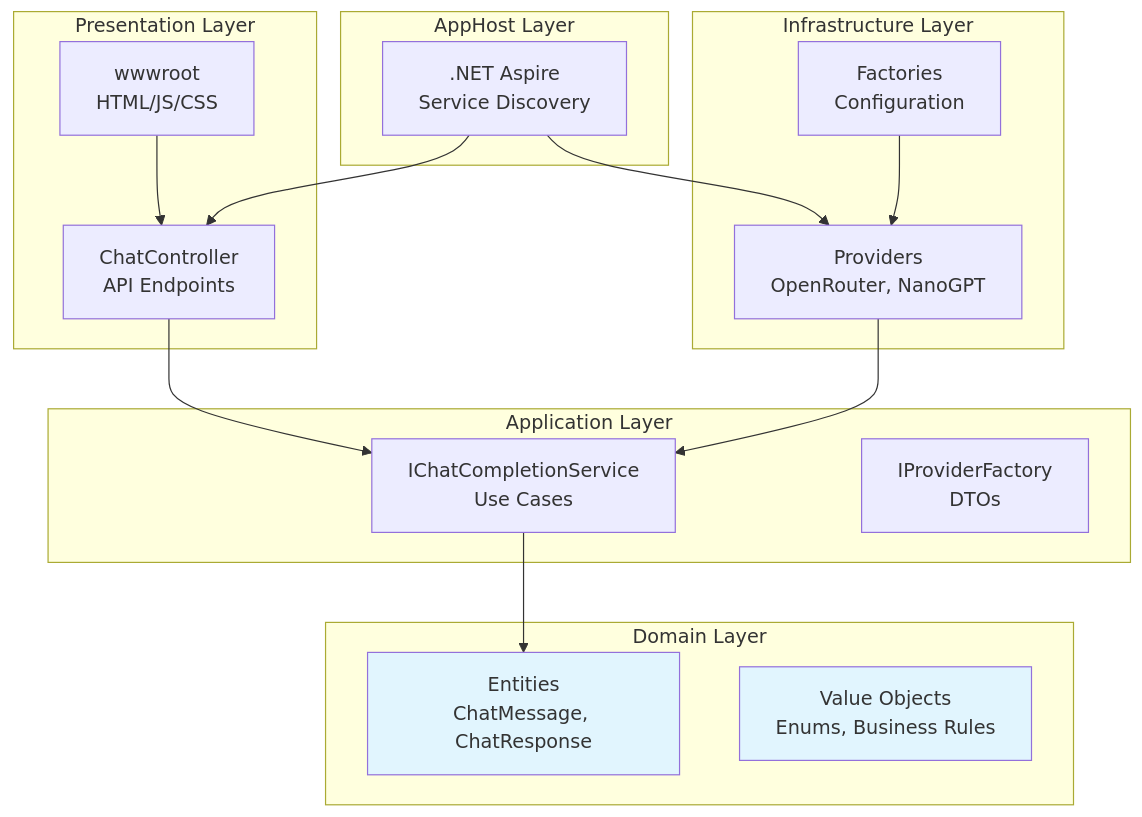
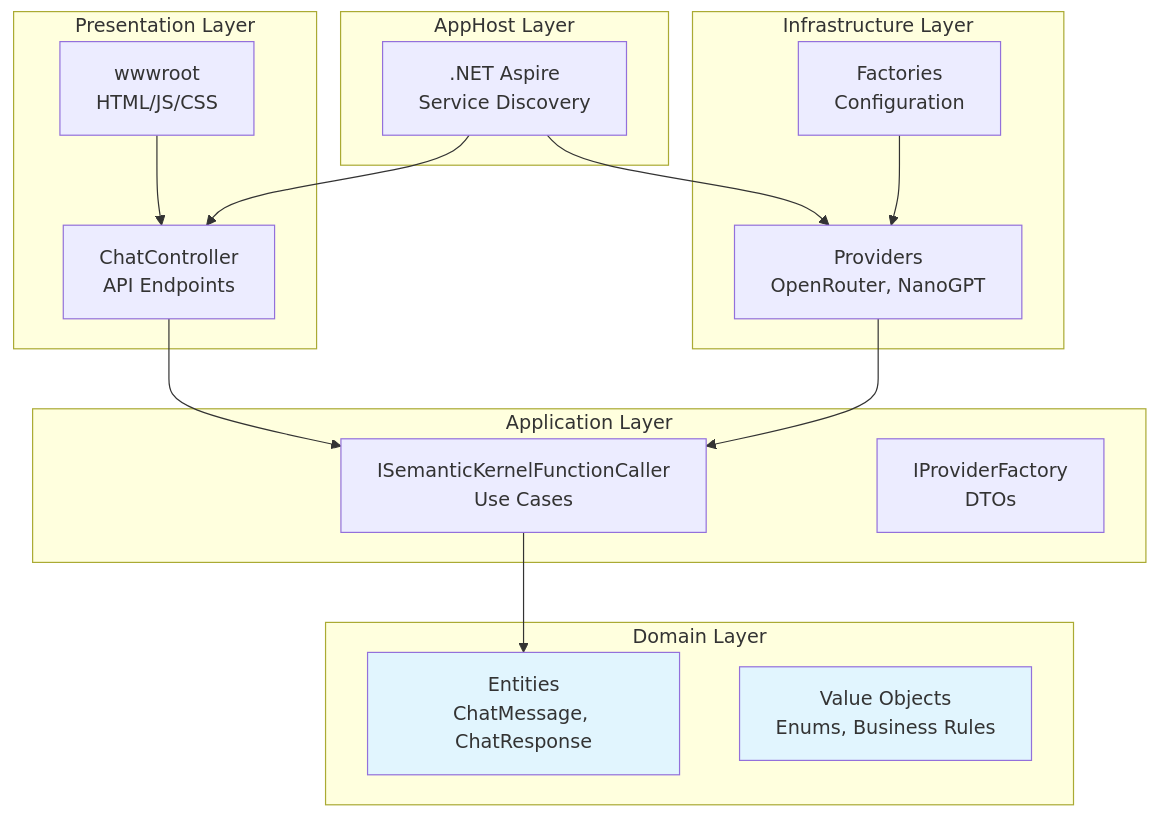
One commit to stefjnl/SemanticKernelFunctionCaller changed the diagram in README.md. Above: the diagram before and after it, drawn with Mermaid. The commit also changed other lines of this file and 110 other files, not shown here.

Commit message:
Application fully renamed from ChatCompletionService to SemanticKernelFunctionCaller

````diff
--- a/README.md
+++ b/README.md
@@ -9,37 +9,37 @@
 ```mermaid
 graph TD
     subgraph "Presentation Layer"
         A[ChatController<br/>API Endpoints]
         F[wwwroot<br/>HTML/JS/CSS]
     end
 
     subgraph "Application Layer"
-        B[IChatCompletionService<br/>Use Cases]
+        B[ISemanticKernelFunctionCaller<br/>Use Cases]
         G[IProviderFactory<br/>DTOs]
     end
 
     subgraph "Domain Layer"
         C[Entities<br/>ChatMessage, ChatResponse]
         H[Value Objects<br/>Enums, Business Rules]
     end
 
     subgraph "Infrastructure Layer"
         D[Providers<br/>OpenRouter, NanoGPT]
         I[Factories<br/>Configuration]
     end
 
     subgraph "AppHost Layer"
         E[.NET Aspire<br/>Service Discovery]
     end
 
     A --> B
     F --> A
     B --> C
     D --> B
     I --> D
     E --> A
     E --> D
 
     style C fill:#e1f5fe
     style H fill:#e1f5fe
 ```
````
